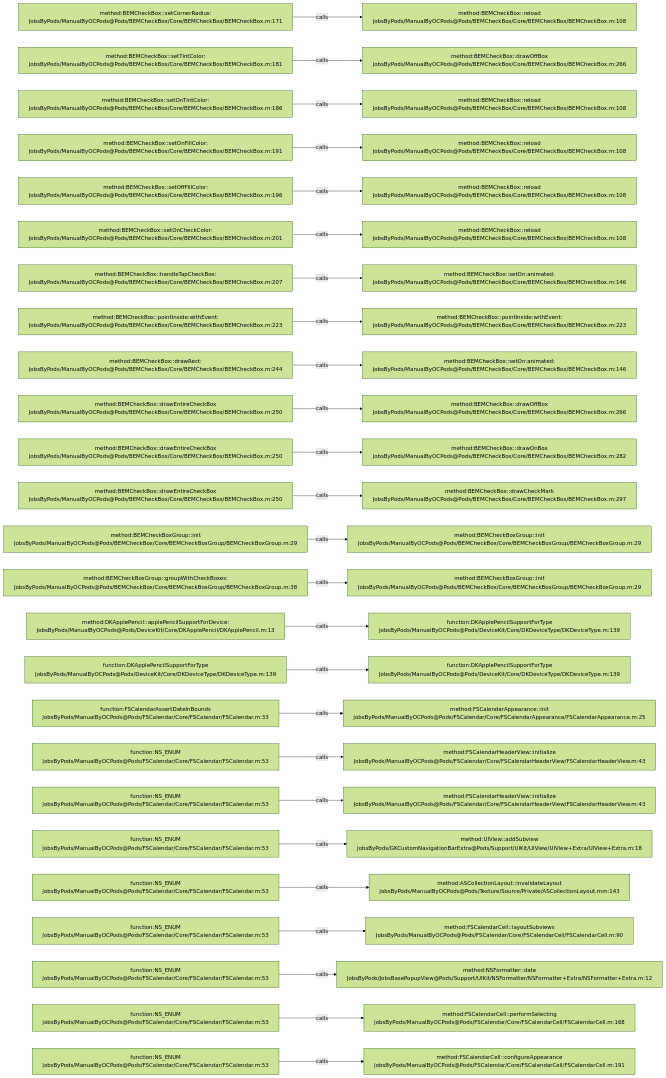
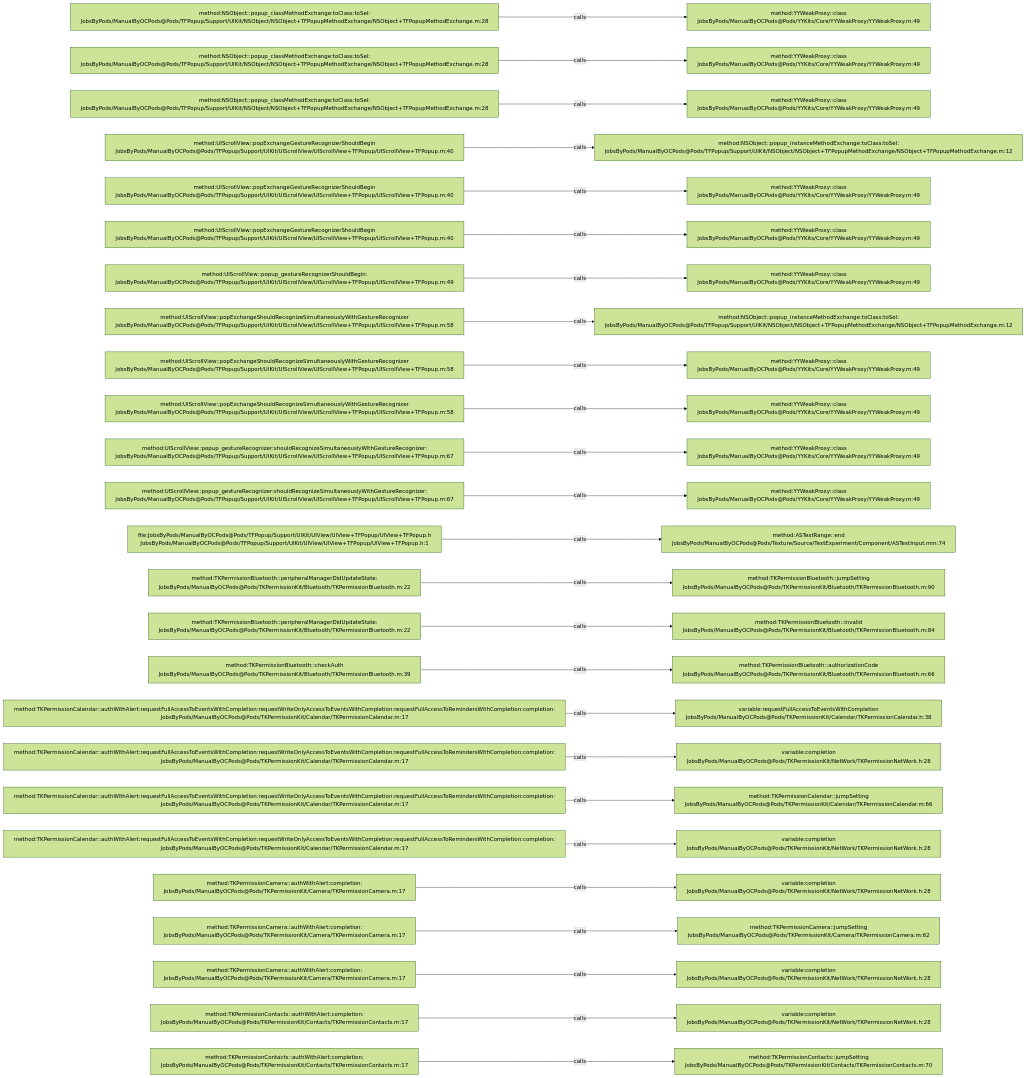
One commit to JobsKits/JobsOCBaseConfigDemo changed the diagram in .codegraph/codegraph.md/graphs/calls-177.md. Above: the diagram before and after it, drawn with Mermaid (forest theme). The commit also changed 573 other files, not shown here.

````diff
--- a/.codegraph/codegraph.md/graphs/calls-177.md
+++ b/.codegraph/codegraph.md/graphs/calls-177.md
@@ -13,78 +13,78 @@
 ```mermaid
 flowchart LR
-  S1["method:BEMCheckBox::setCornerRadius:<br/>JobsByPods/ManualByOCPods@Pods/BEMCheckBox/Core/BEMCheckBox/BEMCheckBox.m:171"]
-  T1["method:BEMCheckBox::reload<br/>JobsByPods/ManualByOCPods@Pods/BEMCheckBox/Core/BEMCheckBox/BEMCheckBox.m:108"]
+  S1["method:NSObject::popup_classMethodExchange:toClass:toSel:<br/>JobsByPods/ManualByOCPods@Pods/TFPopup/Support/UIKit/NSObject/NSObject+TFPopupMethodExchange/NSObject+TFPopupMethodExchange.m:28"]
+  T1["method:YYWeakProxy::class<br/>JobsByPods/ManualByOCPods@Pods/YYKits/Core/YYWeakProxy/YYWeakProxy.m:49"]
   S1 -->|calls| T1
-  S2["method:BEMCheckBox::setTintColor:<br/>JobsByPods/ManualByOCPods@Pods/BEMCheckBox/Core/BEMCheckBox/BEMCheckBox.m:181"]
-  T2["method:BEMCheckBox::drawOffBox<br/>JobsByPods/ManualByOCPods@Pods/BEMCheckBox/Core/BEMCheckBox/BEMCheckBox.m:266"]
+  S2["method:NSObject::popup_classMethodExchange:toClass:toSel:<br/>JobsByPods/ManualByOCPods@Pods/TFPopup/Support/UIKit/NSObject/NSObject+TFPopupMethodExchange/NSObject+TFPopupMethodExchange.m:28"]
+  T2["method:YYWeakProxy::class<br/>JobsByPods/ManualByOCPods@Pods/YYKits/Core/YYWeakProxy/YYWeakProxy.m:49"]
   S2 -->|calls| T2
-  S3["method:BEMCheckBox::setOnTintColor:<br/>JobsByPods/ManualByOCPods@Pods/BEMCheckBox/Core/BEMCheckBox/BEMCheckBox.m:186"]
-  T3["method:BEMCheckBox::reload<br/>JobsByPods/ManualByOCPods@Pods/BEMCheckBox/Core/BEMCheckBox/BEMCheckBox.m:108"]
+  S3["method:NSObject::popup_classMethodExchange:toClass:toSel:<br/>JobsByPods/ManualByOCPods@Pods/TFPopup/Support/UIKit/NSObject/NSObject+TFPopupMethodExchange/NSObject+TFPopupMethodExchange.m:28"]
+  T3["method:YYWeakProxy::class<br/>JobsByPods/ManualByOCPods@Pods/YYKits/Core/YYWeakProxy/YYWeakProxy.m:49"]
   S3 -->|calls| T3
-  S4["method:BEMCheckBox::setOnFillColor:<br/>JobsByPods/ManualByOCPods@Pods/BEMCheckBox/Core/BEMCheckBox/BEMCheckBox.m:191"]
-  T4["method:BEMCheckBox::reload<br/>JobsByPods/ManualByOCPods@Pods/BEMCheckBox/Core/BEMCheckBox/BEMCheckBox.m:108"]
+  S4["method:UIScrollView::popExchangeGestureRecognizerShouldBegin<br/>JobsByPods/ManualByOCPods@Pods/TFPopup/Support/UIKit/UIScrollView/UIScrollView+TFPopup/UIScrollView+TFPopup.m:40"]
+  T4["method:NSObject::popup_instanceMethodExchange:toClass:toSel:<br/>JobsByPods/ManualByOCPods@Pods/TFPopup/Support/UIKit/NSObject/NSObject+TFPopupMethodExchange/NSObject+TFPopupMethodExchange.m:12"]
   S4 -->|calls| T4
-  S5["method:BEMCheckBox::setOffFillColor:<br/>JobsByPods/ManualByOCPods@Pods/BEMCheckBox/Core/BEMCheckBox/BEMCheckBox.m:196"]
-  T5["method:BEMCheckBox::reload<br/>JobsByPods/ManualByOCPods@Pods/BEMCheckBox/Core/BEMCheckBox/BEMCheckBox.m:108"]
+  S5["method:UIScrollView::popExchangeGestureRecognizerShouldBegin<br/>JobsByPods/ManualByOCPods@Pods/TFPopup/Support/UIKit/UIScrollView/UIScrollView+TFPopup/UIScrollView+TFPopup.m:40"]
+  T5["method:YYWeakProxy::class<br/>JobsByPods/ManualByOCPods@Pods/YYKits/Core/YYWeakProxy/YYWeakProxy.m:49"]
   S5 -->|calls| T5
-  S6["method:BEMCheckBox::setOnCheckColor:<br/>JobsByPods/ManualByOCPods@Pods/BEMCheckBox/Core/BEMCheckBox/BEMCheckBox.m:201"]
-  T6["method:BEMCheckBox::reload<br/>JobsByPods/ManualByOCPods@Pods/BEMCheckBox/Core/BEMCheckBox/BEMCheckBox.m:108"]
+  S6["method:UIScrollView::popExchangeGestureRecognizerShouldBegin<br/>JobsByPods/ManualByOCPods@Pods/TFPopup/Support/UIKit/UIScrollView/UIScrollView+TFPopup/UIScrollView+TFPopup.m:40"]
+  T6["method:YYWeakProxy::class<br/>JobsByPods/ManualByOCPods@Pods/YYKits/Core/YYWeakProxy/YYWeakProxy.m:49"]
   S6 -->|calls| T6
-  S7["method:BEMCheckBox::handleTapCheckBox:<br/>JobsByPods/ManualByOCPods@Pods/BEMCheckBox/Core/BEMCheckBox/BEMCheckBox.m:207"]
-  T7["method:BEMCheckBox::setOn:animated:<br/>JobsByPods/ManualByOCPods@Pods/BEMCheckBox/Core/BEMCheckBox/BEMCheckBox.m:146"]
+  S7["method:UIScrollView::popup_gestureRecognizerShouldBegin:<br/>JobsByPods/ManualByOCPods@Pods/TFPopup/Support/UIKit/UIScrollView/UIScrollView+TFPopup/UIScrollView+TFPopup.m:49"]
+  T7["method:YYWeakProxy::class<br/>JobsByPods/ManualByOCPods@Pods/YYKits/Core/YYWeakProxy/YYWeakProxy.m:49"]
   S7 -->|calls| T7
-  S8["method:BEMCheckBox::pointInside:withEvent:<br/>JobsByPods/ManualByOCPods@Pods/BEMCheckBox/Core/BEMCheckBox/BEMCheckBox.m:223"]
-  T8["method:BEMCheckBox::pointInside:withEvent:<br/>JobsByPods/ManualByOCPods@Pods/BEMCheckBox/Core/BEMCheckBox/BEMCheckBox.m:223"]
+  S8["method:UIScrollView::popExchangeShouldRecognizeSimultaneouslyWithGestureRecognizer<br/>JobsByPods/ManualByOCPods@Pods/TFPopup/Support/UIKit/UIScrollView/UIScrollView+TFPopup/UIScrollView+TFPopup.m:58"]
+  T8["method:NSObject::popup_instanceMethodExchange:toClass:toSel:<br/>JobsByPods/ManualByOCPods@Pods/TFPopup/Support/UIKit/NSObject/NSObject+TFPopupMethodExchange/NSObject+TFPopupMethodExchange.m:12"]
   S8 -->|calls| T8
-  S9["method:BEMCheckBox::drawRect:<br/>JobsByPods/ManualByOCPods@Pods/BEMCheckBox/Core/BEMCheckBox/BEMCheckBox.m:244"]
-  T9["method:BEMCheckBox::setOn:animated:<br/>JobsByPods/ManualByOCPods@Pods/BEMCheckBox/Core/BEMCheckBox/BEMCheckBox.m:146"]
+  S9["method:UIScrollView::popExchangeShouldRecognizeSimultaneouslyWithGestureRecognizer<br/>JobsByPods/ManualByOCPods@Pods/TFPopup/Support/UIKit/UIScrollView/UIScrollView+TFPopup/UIScrollView+TFPopup.m:58"]
+  T9["method:YYWeakProxy::class<br/>JobsByPods/ManualByOCPods@Pods/YYKits/Core/YYWeakProxy/YYWeakProxy.m:49"]
   S9 -->|calls| T9
-  S10["method:BEMCheckBox::drawEntireCheckBox<br/>JobsByPods/ManualByOCPods@Pods/BEMCheckBox/Core/BEMCheckBox/BEMCheckBox.m:250"]
-  T10["method:BEMCheckBox::drawOffBox<br/>JobsByPods/ManualByOCPods@Pods/BEMCheckBox/Core/BEMCheckBox/BEMCheckBox.m:266"]
+  S10["method:UIScrollView::popExchangeShouldRecognizeSimultaneouslyWithGestureRecognizer<br/>JobsByPods/ManualByOCPods@Pods/TFPopup/Support/UIKit/UIScrollView/UIScrollView+TFPopup/UIScrollView+TFPopup.m:58"]
+  T10["method:YYWeakProxy::class<br/>JobsByPods/ManualByOCPods@Pods/YYKits/Core/YYWeakProxy/YYWeakProxy.m:49"]
   S10 -->|calls| T10
-  S11["method:BEMCheckBox::drawEntireCheckBox<br/>JobsByPods/ManualByOCPods@Pods/BEMCheckBox/Core/BEMCheckBox/BEMCheckBox.m:250"]
-  T11["method:BEMCheckBox::drawOnBox<br/>JobsByPods/ManualByOCPods@Pods/BEMCheckBox/Core/BEMCheckBox/BEMCheckBox.m:282"]
+  S11["method:UIScrollView::popup_gestureRecognizer:shouldRecognizeSimultaneouslyWithGestureRecognizer:<br/>JobsByPods/ManualByOCPods@Pods/TFPopup/Support/UIKit/UIScrollView/UIScrollView+TFPopup/UIScrollView+TFPopup.m:67"]
+  T11["method:YYWeakProxy::class<br/>JobsByPods/ManualByOCPods@Pods/YYKits/Core/YYWeakProxy/YYWeakProxy.m:49"]
   S11 -->|calls| T11
-  S12["method:BEMCheckBox::drawEntireCheckBox<br/>JobsByPods/ManualByOCPods@Pods/BEMCheckBox/Core/BEMCheckBox/BEMCheckBox.m:250"]
-  T12["method:BEMCheckBox::drawCheckMark<br/>JobsByPods/ManualByOCPods@Pods/BEMCheckBox/Core/BEMCheckBox/BEMCheckBox.m:297"]
+  S12["method:UIScrollView::popup_gestureRecognizer:shouldRecognizeSimultaneouslyWithGestureRecognizer:<br/>JobsByPods/ManualByOCPods@Pods/TFPopup/Support/UIKit/UIScrollView/UIScrollView+TFPopup/UIScrollView+TFPopup.m:67"]
+  T12["method:YYWeakProxy::class<br/>JobsByPods/ManualByOCPods@Pods/YYKits/Core/YYWeakProxy/YYWeakProxy.m:49"]
   S12 -->|calls| T12
-  S13["method:BEMCheckBoxGroup::init<br/>JobsByPods/ManualByOCPods@Pods/BEMCheckBox/Core/BEMCheckBoxGroup/BEMCheckBoxGroup.m:29"]
-  T13["method:BEMCheckBoxGroup::init<br/>JobsByPods/ManualByOCPods@Pods/BEMCheckBox/Core/BEMCheckBoxGroup/BEMCheckBoxGroup.m:29"]
+  S13["file:JobsByPods/ManualByOCPods@Pods/TFPopup/Support/UIKit/UIView/UIView+TFPopup/UIView+TFPopup.h<br/>JobsByPods/ManualByOCPods@Pods/TFPopup/Support/UIKit/UIView/UIView+TFPopup/UIView+TFPopup.h:1"]
+  T13["method:ASTextRange::end<br/>JobsByPods/ManualByOCPods@Pods/Texture/Source/TextExperiment/Component/ASTextInput.mm:74"]
   S13 -->|calls| T13
-  S14["method:BEMCheckBoxGroup::groupWithCheckBoxes:<br/>JobsByPods/ManualByOCPods@Pods/BEMCheckBox/Core/BEMCheckBoxGroup/BEMCheckBoxGroup.m:38"]
-  T14["method:BEMCheckBoxGroup::init<br/>JobsByPods/ManualByOCPods@Pods/BEMCheckBox/Core/BEMCheckBoxGroup/BEMCheckBoxGroup.m:29"]
+  S14["method:TKPermissionBluetooth::peripheralManagerDidUpdateState:<br/>JobsByPods/ManualByOCPods@Pods/TKPermissionKit/Bluetooth/TKPermissionBluetooth.m:22"]
+  T14["method:TKPermissionBluetooth::jumpSetting<br/>JobsByPods/ManualByOCPods@Pods/TKPermissionKit/Bluetooth/TKPermissionBluetooth.m:90"]
   S14 -->|calls| T14
-  S15["method:DKApplePencil::applePencilSupportForDevice:<br/>JobsByPods/ManualByOCPods@Pods/DeviceKit/Core/DKApplePencil/DKApplePencil.m:13"]
-  T15["function:DKApplePencilSupportForType<br/>JobsByPods/ManualByOCPods@Pods/DeviceKit/Core/DKDeviceType/DKDeviceType.m:139"]
+  S15["method:TKPermissionBluetooth::peripheralManagerDidUpdateState:<br/>JobsByPods/ManualByOCPods@Pods/TKPermissionKit/Bluetooth/TKPermissionBluetooth.m:22"]
+  T15["method:TKPermissionBluetooth::invalid<br/>JobsByPods/ManualByOCPods@Pods/TKPermissionKit/Bluetooth/TKPermissionBluetooth.m:84"]
   S15 -->|calls| T15
-  S16["function:DKApplePencilSupportForType<br/>JobsByPods/ManualByOCPods@Pods/DeviceKit/Core/DKDeviceType/DKDeviceType.m:139"]
-  T16["function:DKApplePencilSupportForType<br/>JobsByPods/ManualByOCPods@Pods/DeviceKit/Core/DKDeviceType/DKDeviceType.m:139"]
+  S16["method:TKPermissionBluetooth::checkAuth<br/>JobsByPods/ManualByOCPods@Pods/TKPermissionKit/Bluetooth/TKPermissionBluetooth.m:39"]
+  T16["method:TKPermissionBluetooth::authorizationCode<br/>JobsByPods/ManualByOCPods@Pods/TKPermissionKit/Bluetooth/TKPermissionBluetooth.m:66"]
   S16 -->|calls| T16
-  S17["function:FSCalendarAssertDateInBounds<br/>JobsByPods/ManualByOCPods@Pods/FSCalendar/Core/FSCalendar/FSCalendar.m:33"]
-  T17["method:FSCalendarAppearance::init<br/>JobsByPods/ManualByOCPods@Pods/FSCalendar/Core/FSCalendarAppearance/FSCalendarAppearance.m:25"]
+  S17["method:TKPermissionCalendar::authWithAlert:requestFullAccessToEventsWithCompletion:requestWriteOnlyAccessToEventsWithCompletion:requestFullAccessToRemindersWithCompletion:completion:<br/>JobsByPods/ManualByOCPods@Pods/TKPermissionKit/Calendar/TKPermissionCalendar.m:17"]
+  T17["variable:requestFullAccessToEventsWithCompletion<br/>JobsByPods/ManualByOCPods@Pods/TKPermissionKit/Calendar/TKPermissionCalendar.h:38"]
   S17 -->|calls| T17
-  S18["function:NS_ENUM<br/>JobsByPods/ManualByOCPods@Pods/FSCalendar/Core/FSCalendar/FSCalendar.m:53"]
-  T18["method:FSCalendarHeaderView::initialize<br/>JobsByPods/ManualByOCPods@Pods/FSCalendar/Core/FSCalendarHeaderView/FSCalendarHeaderView.m:43"]
+  S18["method:TKPermissionCalendar::authWithAlert:requestFullAccessToEventsWithCompletion:requestWriteOnlyAccessToEventsWithCompletion:requestFullAccessToRemindersWithCompletion:completion:<br/>JobsByPods/ManualByOCPods@Pods/TKPermissionKit/Calendar/TKPermissionCalendar.m:17"]
+  T18["variable:completion<br/>JobsByPods/ManualByOCPods@Pods/TKPermissionKit/NetWork/TKPermissionNetWork.h:28"]
   S18 -->|calls| T18
-  S19["function:NS_ENUM<br/>JobsByPods/ManualByOCPods@Pods/FSCalendar/Core/FSCalendar/FSCalendar.m:53"]
-  T19["method:FSCalendarHeaderView::initialize<br/>JobsByPods/ManualByOCPods@Pods/FSCalendar/Core/FSCalendarHeaderView/FSCalendarHeaderView.m:43"]
+  S19["method:TKPermissionCalendar::authWithAlert:requestFullAccessToEventsWithCompletion:requestWriteOnlyAccessToEventsWithCompletion:requestFullAccessToRemindersWithCompletion:completion:<br/>JobsByPods/ManualByOCPods@Pods/TKPermissionKit/Calendar/TKPermissionCalendar.m:17"]
+  T19["method:TKPermissionCalendar::jumpSetting<br/>JobsByPods/ManualByOCPods@Pods/TKPermissionKit/Calendar/TKPermissionCalendar.m:66"]
   S19 -->|calls| T19
-  S20["function:NS_ENUM<br/>JobsByPods/ManualByOCPods@Pods/FSCalendar/Core/FSCalendar/FSCalendar.m:53"]
-  T20["method:UIView::addSubview<br/>JobsByPods/GKCustomNavigationBarExtra@Pods/Support/UIKit/UIView/UIView+Extra/UIView+Extra.m:18"]
+  S20["method:TKPermissionCalendar::authWithAlert:requestFullAccessToEventsWithCompletion:requestWriteOnlyAccessToEventsWithCompletion:requestFullAccessToRemindersWithCompletion:completion:<br/>JobsByPods/ManualByOCPods@Pods/TKPermissionKit/Calendar/TKPermissionCalendar.m:17"]
+  T20["variable:completion<br/>JobsByPods/ManualByOCPods@Pods/TKPermissionKit/NetWork/TKPermissionNetWork.h:28"]
   S20 -->|calls| T20
-  S21["function:NS_ENUM<br/>JobsByPods/ManualByOCPods@Pods/FSCalendar/Core/FSCalendar/FSCalendar.m:53"]
-  T21["method:ASCollectionLayout::invalidateLayout<br/>JobsByPods/ManualByOCPods@Pods/Texture/Source/Private/ASCollectionLayout.mm:143"]
+  S21["method:TKPermissionCamera::authWithAlert:completion:<br/>JobsByPods/ManualByOCPods@Pods/TKPermissionKit/Camera/TKPermissionCamera.m:17"]
+  T21["variable:completion<br/>JobsByPods/ManualByOCPods@Pods/TKPermissionKit/NetWork/TKPermissionNetWork.h:28"]
   S21 -->|calls| T21
-  S22["function:NS_ENUM<br/>JobsByPods/ManualByOCPods@Pods/FSCalendar/Core/FSCalendar/FSCalendar.m:53"]
-  T22["method:FSCalendarCell::layoutSubviews<br/>JobsByPods/ManualByOCPods@Pods/FSCalendar/Core/FSCalendarCell/FSCalendarCell.m:90"]
+  S22["method:TKPermissionCamera::authWithAlert:completion:<br/>JobsByPods/ManualByOCPods@Pods/TKPermissionKit/Camera/TKPermissionCamera.m:17"]
+  T22["method:TKPermissionCamera::jumpSetting<br/>JobsByPods/ManualByOCPods@Pods/TKPermissionKit/Camera/TKPermissionCamera.m:62"]
   S22 -->|calls| T22
-  S23["function:NS_ENUM<br/>JobsByPods/ManualByOCPods@Pods/FSCalendar/Core/FSCalendar/FSCalendar.m:53"]
-  T23["method:NSFormatter::date<br/>JobsByPods/JobsBasePopupView@Pods/Support/UIKit/NSFormatter/NSFormatter+Extra/NSFormatter+Extra.m:12"]
+  S23["method:TKPermissionCamera::authWithAlert:completion:<br/>JobsByPods/ManualByOCPods@Pods/TKPermissionKit/Camera/TKPermissionCamera.m:17"]
+  T23["variable:completion<br/>JobsByPods/ManualByOCPods@Pods/TKPermissionKit/NetWork/TKPermissionNetWork.h:28"]
   S23 -->|calls| T23
-  S24["function:NS_ENUM<br/>JobsByPods/ManualByOCPods@Pods/FSCalendar/Core/FSCalendar/FSCalendar.m:53"]
-  T24["method:FSCalendarCell::performSelecting<br/>JobsByPods/ManualByOCPods@Pods/FSCalendar/Core/FSCalendarCell/FSCalendarCell.m:168"]
+  S24["method:TKPermissionContacts::authWithAlert:completion:<br/>JobsByPods/ManualByOCPods@Pods/TKPermissionKit/Contacts/TKPermissionContacts.m:17"]
+  T24["variable:completion<br/>JobsByPods/ManualByOCPods@Pods/TKPermissionKit/NetWork/TKPermissionNetWork.h:28"]
   S24 -->|calls| T24
-  S25["function:NS_ENUM<br/>JobsByPods/ManualByOCPods@Pods/FSCalendar/Core/FSCalendar/FSCalendar.m:53"]
-  T25["method:FSCalendarCell::configureAppearance<br/>JobsByPods/ManualByOCPods@Pods/FSCalendar/Core/FSCalendarCell/FSCalendarCell.m:191"]
+  S25["method:TKPermissionContacts::authWithAlert:completion:<br/>JobsByPods/ManualByOCPods@Pods/TKPermissionKit/Contacts/TKPermissionContacts.m:17"]
+  T25["method:TKPermissionContacts::jumpSetting<br/>JobsByPods/ManualByOCPods@Pods/TKPermissionKit/Contacts/TKPermissionContacts.m:70"]
   S25 -->|calls| T25
 ```
````
